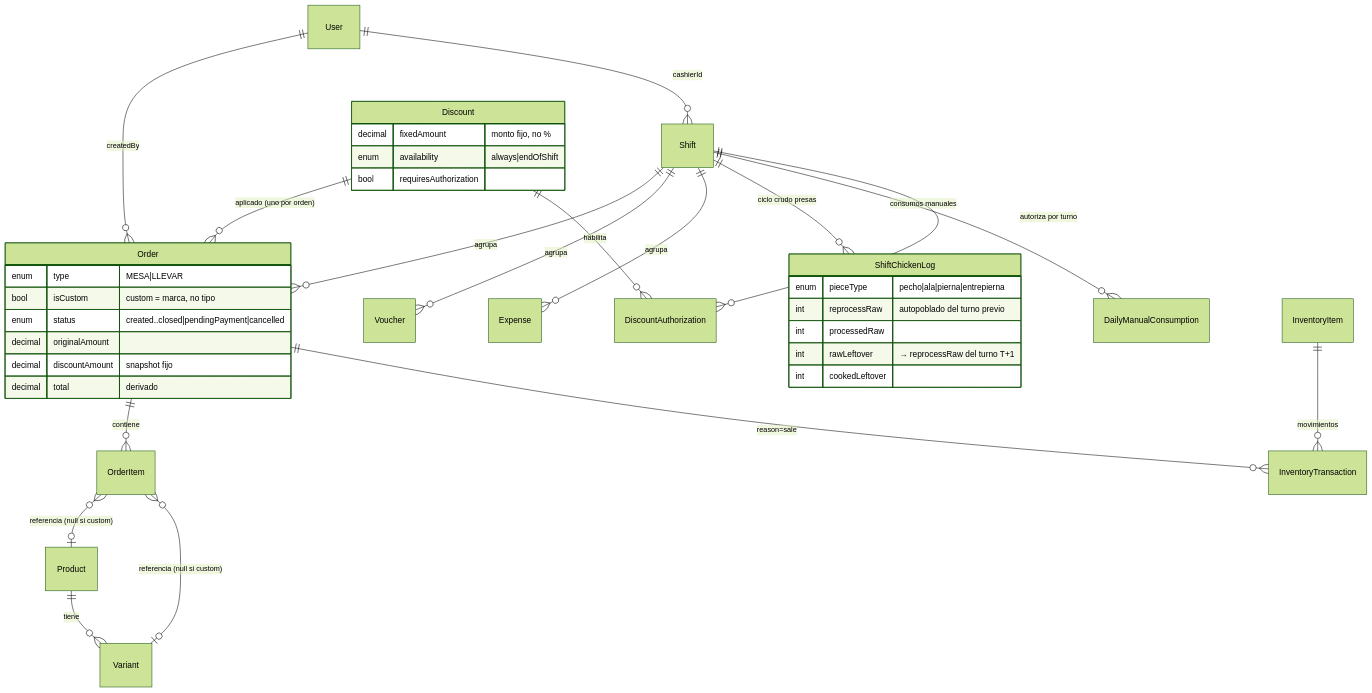
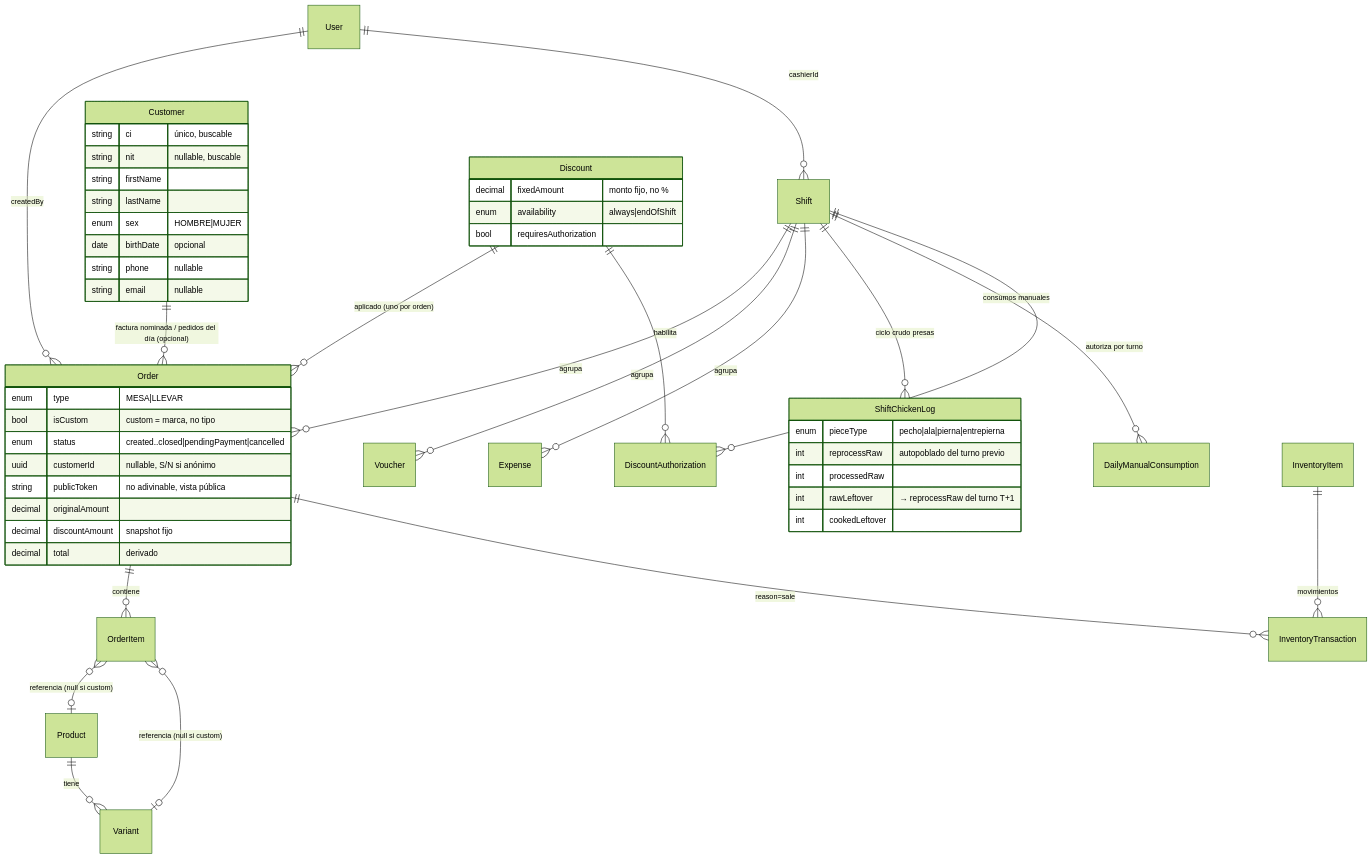
One commit to Santillan-Reyna-Ariel-Angel/wonderchicken-docs changed the first of 2 diagrams in docs/technical_guide.md. Above: the diagram before and after it, drawn with Mermaid (forest theme). The commit also changed other lines of this file and 5 other files, not shown here.

First line of the commit message:
docs(clientes): agregar Customer y vista por token

````diff
--- a/docs/technical_guide.md
+++ b/docs/technical_guide.md
@@ -207,40 +221,53 @@
 ```mermaid
 erDiagram
     Product ||--o{ Variant : tiene
     Order ||--o{ OrderItem : contiene
     OrderItem }o--o| Product : "referencia (null si custom)"
     OrderItem }o--o| Variant : "referencia (null si custom)"
     Shift ||--o{ Order : agrupa
+    Customer ||--o{ Order : "factura nominada / pedidos del día (opcional)"
     Shift ||--o{ Voucher : agrupa
     Shift ||--o{ Expense : agrupa
     Shift ||--o{ ShiftChickenLog : "ciclo crudo presas"
     Shift ||--o{ DailyManualConsumption : "consumos manuales"
     Shift ||--o{ DiscountAuthorization : "autoriza por turno"
     Discount ||--o{ Order : "aplicado (uno por orden)"
     Discount ||--o{ DiscountAuthorization : habilita
     InventoryItem ||--o{ InventoryTransaction : "movimientos"
     Order ||--o{ InventoryTransaction : "reason=sale"
     User ||--o{ Order : "createdBy"
     User ||--o{ Shift : "cashierId"
 
     Order {
         enum type "MESA|LLEVAR"
         bool isCustom "custom = marca, no tipo"
         enum status "created..closed|pendingPayment|cancelled"
+        uuid customerId "nullable, S/N si anónimo"
+        string publicToken "no adivinable, vista pública"
         decimal originalAmount
         decimal discountAmount "snapshot fijo"
         decimal total "derivado"
+    }
+    Customer {
+        string ci "único, buscable"
+        string nit "nullable, buscable"
+        string firstName
+        string lastName
+        enum sex "HOMBRE|MUJER"
+        date birthDate "opcional"
+        string phone "nullable"
+        string email "nullable"
     }
     Discount {
         decimal fixedAmount "monto fijo, no %"
         enum availability "always|endOfShift"
         bool requiresAuthorization
     }
     ShiftChickenLog {
         enum pieceType "pecho|ala|pierna|entrepierna"
         int reprocessRaw "autopoblado del turno previo"
         int processedRaw
         int rawLeftover "→ reprocessRaw del turno T+1"
         int cookedLeftover
     }
 ```
````
